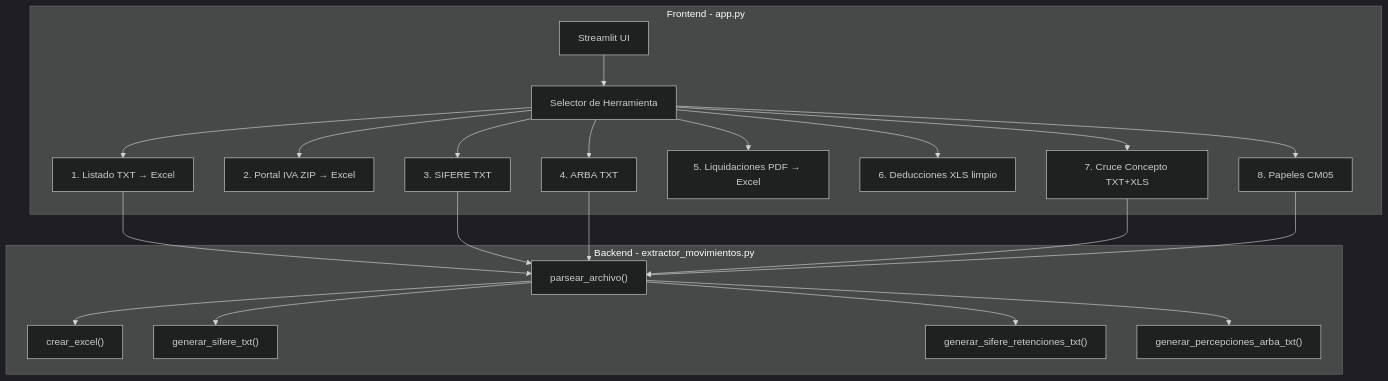
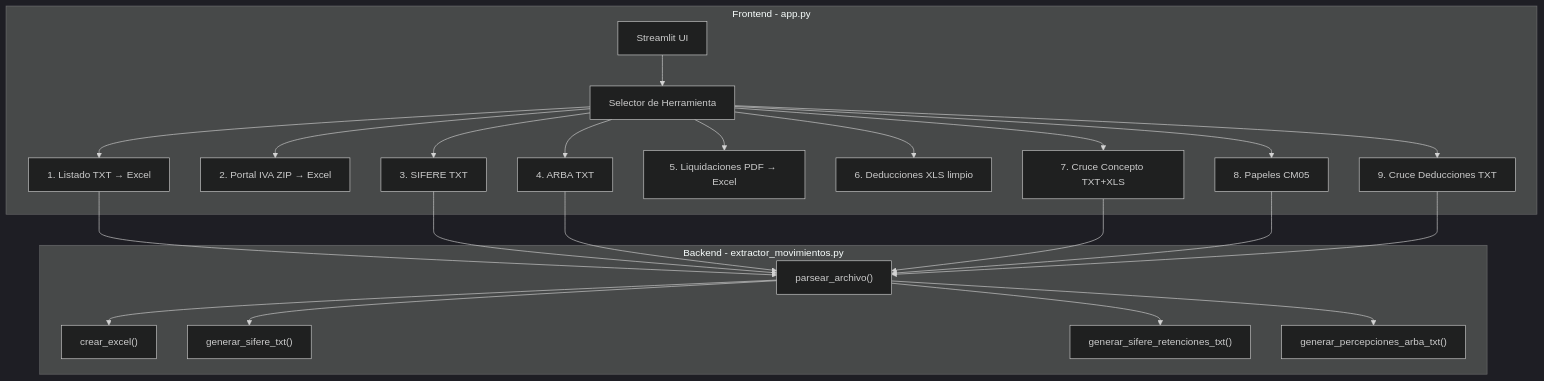
Before and after one commit to capano-andres/movimientos-a-excel: the first of 4 diagrams in DOCUMENTACION.md, drawn with Mermaid (dark theme). The commit also changed other lines of this file, not shown here.

````diff
--- a/DOCUMENTACION.md
+++ b/DOCUMENTACION.md
@@ -52,27 +52,29 @@
 ```mermaid
 graph TD
     subgraph "Frontend - app.py"
         A[Streamlit UI] --> B[Selector de Herramienta]
         B --> H1["1. Listado TXT → Excel"]
         B --> H2["2. Portal IVA ZIP → Excel"]
         B --> H3["3. SIFERE TXT"]
         B --> H4["4. ARBA TXT"]
         B --> H5["5. Liquidaciones PDF → Excel"]
         B --> H6["6. Deducciones XLS limpio"]
         B --> H7["7. Cruce Concepto TXT+XLS"]
         B --> H8["8. Papeles CM05"]
+        B --> H9["9. Cruce Deducciones TXT"]
     end
 
     subgraph "Backend - extractor_movimientos.py"
         P["parsear_archivo()"] --> C["crear_excel()"]
         P --> S1["generar_sifere_txt()"]
         P --> S2["generar_sifere_retenciones_txt()"]
         P --> S3["generar_percepciones_arba_txt()"]
     end
 
     H1 --> P
     H3 --> P
     H4 --> P
     H7 --> P
     H8 --> P
+    H9 --> P
 ```
````
